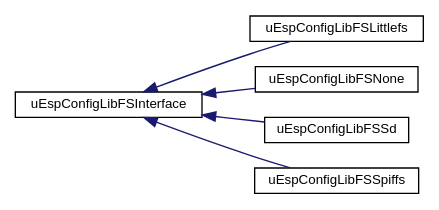
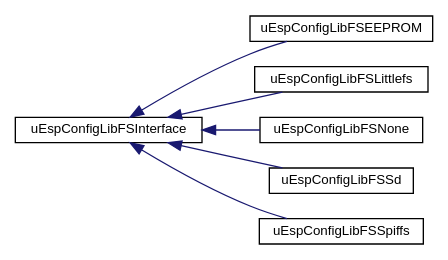
The diagram in docs/inherit_graph_1.dot (Naguissa/uEspConfigLib_doc_and_extras), drawn with Graphviz before and after one commit. The commit also changed 52 other files, not shown here.

```diff
--- a/docs/inherit_graph_1.dot
+++ b/docs/inherit_graph_1.dot
@@ -1,16 +1,18 @@
 digraph "Graphical Class Hierarchy"
 {
  // LATEX_PDF_SIZE
   edge [fontname="Helvetica",fontsize="10",labelfontname="Helvetica",labelfontsize="10"];
   node [fontname="Helvetica",fontsize="10",shape=record];
   rankdir="LR";
   Node0 [label="uEspConfigLibFSInterface",height=0.2,width=0.4,color="black", fillcolor="white", style="filled",URL="$classuEspConfigLibFSInterface.html",tooltip="The deffinitive ESP32 and ESP8266 configuration Arduino library, uEspConfigLib - FileSystem interface..."];
   Node0 -> Node1 [dir="back",color="midnightblue",fontsize="10",style="solid",fontname="Helvetica"];
-  Node1 [label="uEspConfigLibFSLittlefs",height=0.2,width=0.4,color="black", fillcolor="white", style="filled",URL="$classuEspConfigLibFSLittlefs.html",tooltip="The deffinitive ESP32 and ESP8266 configuration Arduino library, uEspConfigLib - Littlefs FileSystem ..."];
+  Node1 [label="uEspConfigLibFSEEPROM",height=0.2,width=0.4,color="black", fillcolor="white", style="filled",URL="$classuEspConfigLibFSEEPROM.html",tooltip="The deffinitive ESP32 and ESP8266 configuration Arduino library, uEspConfigLib - EEPROM writing imple..."];
   Node0 -> Node2 [dir="back",color="midnightblue",fontsize="10",style="solid",fontname="Helvetica"];
-  Node2 [label="uEspConfigLibFSNone",height=0.2,width=0.4,color="black", fillcolor="white", style="filled",URL="$classuEspConfigLibFSNone.html",tooltip="The deffinitive ESP32 and ESP8266 configuration Arduino library, uEspConfigLib - NO FileSystem interf..."];
+  Node2 [label="uEspConfigLibFSLittlefs",height=0.2,width=0.4,color="black", fillcolor="white", style="filled",URL="$classuEspConfigLibFSLittlefs.html",tooltip="The deffinitive ESP32 and ESP8266 configuration Arduino library, uEspConfigLib - Littlefs FileSystem ..."];
   Node0 -> Node3 [dir="back",color="midnightblue",fontsize="10",style="solid",fontname="Helvetica"];
-  Node3 [label="uEspConfigLibFSSd",height=0.2,width=0.4,color="black", fillcolor="white", style="filled",URL="$classuEspConfigLibFSSd.html",tooltip="The deffinitive ESP32 and ESP8266 configuration Arduino library, uEspConfigLib - SD-card FileSystem i..."];
+  Node3 [label="uEspConfigLibFSNone",height=0.2,width=0.4,color="black", fillcolor="white", style="filled",URL="$classuEspConfigLibFSNone.html",tooltip="The deffinitive ESP32 and ESP8266 configuration Arduino library, uEspConfigLib - NO FileSystem interf..."];
   Node0 -> Node4 [dir="back",color="midnightblue",fontsize="10",style="solid",fontname="Helvetica"];
-  Node4 [label="uEspConfigLibFSSpiffs",height=0.2,width=0.4,color="black", fillcolor="white", style="filled",URL="$classuEspConfigLibFSSpiffs.html",tooltip="The deffinitive ESP32 and ESP8266 configuration Arduino library, uEspConfigLib - SPIFFS FileSystem in..."];
+  Node4 [label="uEspConfigLibFSSd",height=0.2,width=0.4,color="black", fillcolor="white", style="filled",URL="$classuEspConfigLibFSSd.html",tooltip="The deffinitive ESP32 and ESP8266 configuration Arduino library, uEspConfigLib - SD-card FileSystem i..."];
+  Node0 -> Node5 [dir="back",color="midnightblue",fontsize="10",style="solid",fontname="Helvetica"];
+  Node5 [label="uEspConfigLibFSSpiffs",height=0.2,width=0.4,color="black", fillcolor="white", style="filled",URL="$classuEspConfigLibFSSpiffs.html",tooltip="The deffinitive ESP32 and ESP8266 configuration Arduino library, uEspConfigLib - SPIFFS FileSystem in..."];
 }
```
